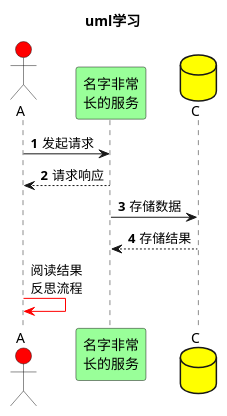
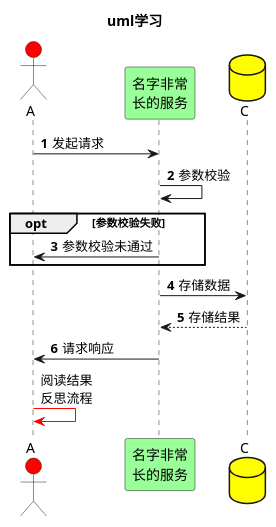
Before and after one commit to dictionaryshi/wxjj: the diagram in diagram/Demo.puml, drawn with PlantUML.

Commit message:
Demo.puml

```diff
--- a/diagram/Demo.puml
+++ b/diagram/Demo.puml
@@ -1,22 +1,29 @@
 @startuml
 'uml学习'
 
 title uml学习
 
 actor A #red
 participant B as "名字非常\n长的服务" #99FF99
 database C #yellow
 
 autonumber 1
 
 A -> B: 发起请求
-return 请求响应
+
+B -> B: 参数校验
+
+opt 参数校验失败
+B -> A: 参数校验未通过
+end
 
 B -> C: 存储数据
 return 存储结果
+
+B -> A: 请求响应
 
 autonumber stop
 
 A -[#red]> A: 阅读结果\n反思流程
 
 @enduml
```
